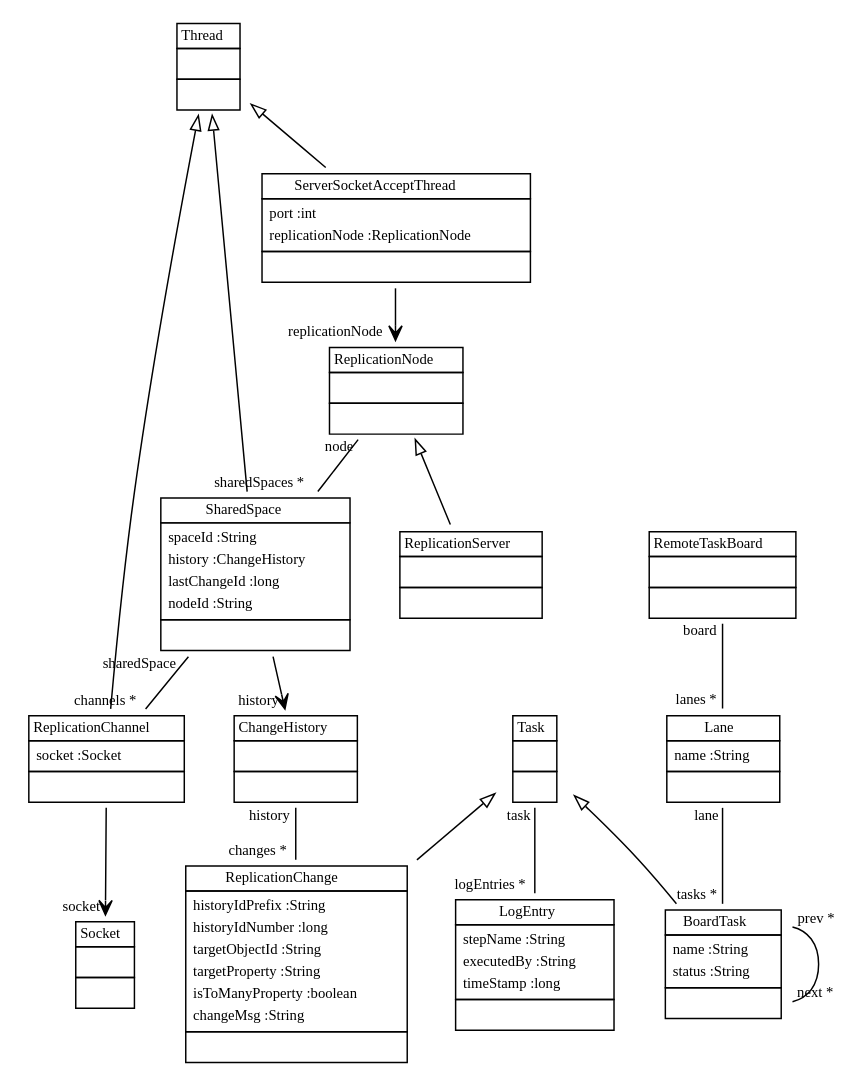
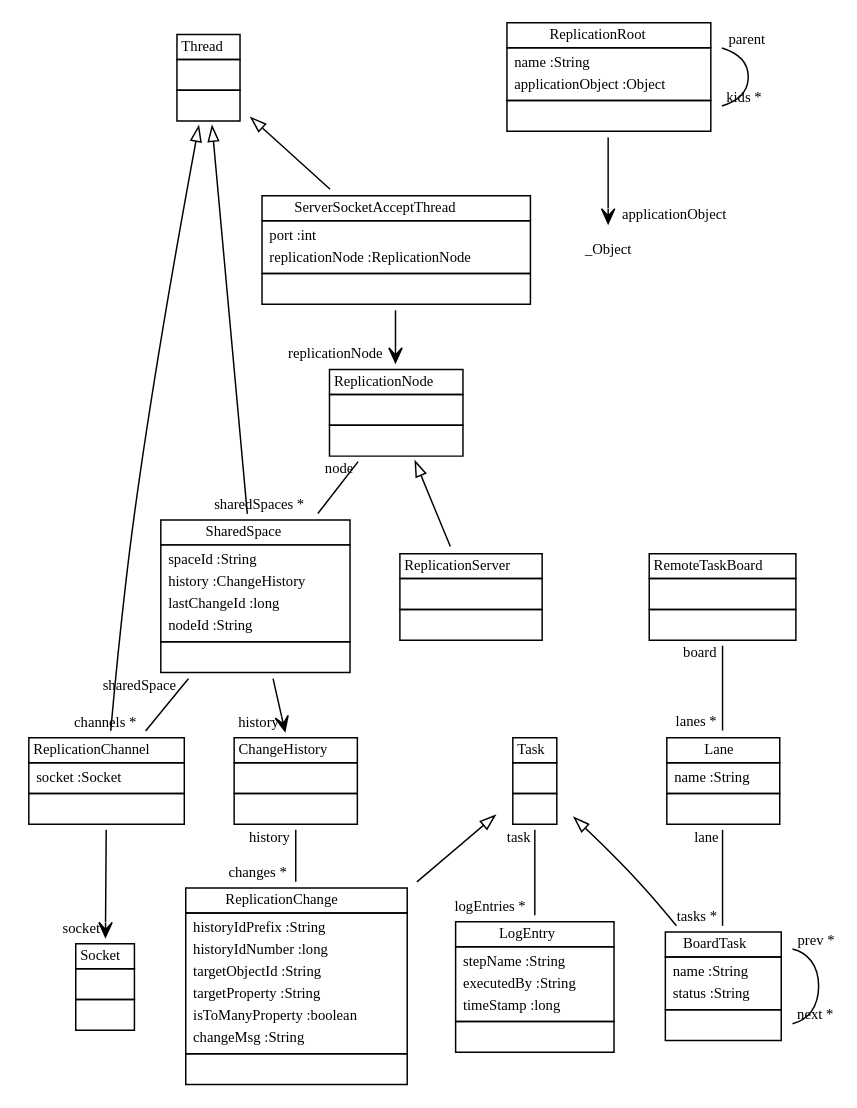
One commit to fujaba/SDMLib changed the diagram in doc/ReplicationModel01.dot. Above: the diagram before and after it, drawn with Graphviz. The commit also changed 33 other files, not shown here.

```diff
--- a/doc/ReplicationModel01.dot
+++ b/doc/ReplicationModel01.dot
@@ -1,40 +1,43 @@
 
  digraph ClassDiagram {
     node [shape = none, fontsize = 10]; 
     edge [fontsize = 10];
     
     
     _Thread [label=<<table border='0' cellborder='1' cellspacing='0'> <tr> <td HREF="../src/java/lang/Thread.java">Thread</td> </tr> <tr><td><table border='0' cellborder='0' cellspacing='0'> <tr><td> </td></tr> </table></td></tr> <tr><td><table border='0' cellborder='0' cellspacing='0'> <tr><td> </td></tr> </table></td></tr> </table>>];
     _Socket [label=<<table border='0' cellborder='1' cellspacing='0'> <tr> <td HREF="../src/java/net/Socket.java">Socket</td> </tr> <tr><td><table border='0' cellborder='0' cellspacing='0'> <tr><td> </td></tr> </table></td></tr> <tr><td><table border='0' cellborder='0' cellspacing='0'> <tr><td> </td></tr> </table></td></tr> </table>>];
     _ReplicationNode [label=<<table border='0' cellborder='1' cellspacing='0'> <tr> <td HREF="../src/org/sdmlib/replication/ReplicationNode.java">ReplicationNode</td> </tr> <tr><td><table border='0' cellborder='0' cellspacing='0'> <tr><td> </td></tr> </table></td></tr> <tr><td><table border='0' cellborder='0' cellspacing='0'> <tr><td> </td></tr> </table></td></tr> </table>>];
     _SharedSpace [label=<<table border='0' cellborder='1' cellspacing='0'> <tr> <td HREF="../src/org/sdmlib/replication/SharedSpace.java">SharedSpace</td> </tr> <tr><td><table border='0' cellborder='0' cellspacing='0'> <tr><td align='left'>spaceId :String</td></tr> <tr><td align='left'>history :ChangeHistory</td></tr> <tr><td align='left'>lastChangeId :long</td></tr> <tr><td align='left'>nodeId :String</td></tr>  </table></td></tr> <tr><td><table border='0' cellborder='0' cellspacing='0'> <tr><td> </td></tr> </table></td></tr> </table>>];
     _ReplicationChannel [label=<<table border='0' cellborder='1' cellspacing='0'> <tr> <td HREF="../src/org/sdmlib/replication/ReplicationChannel.java">ReplicationChannel</td> </tr> <tr><td><table border='0' cellborder='0' cellspacing='0'> <tr><td align='left'>socket :Socket</td></tr>  </table></td></tr> <tr><td><table border='0' cellborder='0' cellspacing='0'> <tr><td> </td></tr> </table></td></tr> </table>>];
     _ReplicationServer [label=<<table border='0' cellborder='1' cellspacing='0'> <tr> <td HREF="../src/org/sdmlib/replication/ReplicationServer.java">ReplicationServer</td> </tr> <tr><td><table border='0' cellborder='0' cellspacing='0'> <tr><td> </td></tr> </table></td></tr> <tr><td><table border='0' cellborder='0' cellspacing='0'> <tr><td> </td></tr> </table></td></tr> </table>>];
     _ServerSocketAcceptThread [label=<<table border='0' cellborder='1' cellspacing='0'> <tr> <td HREF="../src/org/sdmlib/replication/ServerSocketAcceptThread.java">ServerSocketAcceptThread</td> </tr> <tr><td><table border='0' cellborder='0' cellspacing='0'> <tr><td align='left'>port :int</td></tr> <tr><td align='left'>replicationNode :ReplicationNode</td></tr>  </table></td></tr> <tr><td><table border='0' cellborder='0' cellspacing='0'> <tr><td> </td></tr> </table></td></tr> </table>>];
     _Task [label=<<table border='0' cellborder='1' cellspacing='0'> <tr> <td HREF="../src/org/sdmlib/replication/Task.java">Task</td> </tr> <tr><td><table border='0' cellborder='0' cellspacing='0'> <tr><td> </td></tr> </table></td></tr> <tr><td><table border='0' cellborder='0' cellspacing='0'> <tr><td> </td></tr> </table></td></tr> </table>>];
     _LogEntry [label=<<table border='0' cellborder='1' cellspacing='0'> <tr> <td HREF="../src/org/sdmlib/replication/LogEntry.java">LogEntry</td> </tr> <tr><td><table border='0' cellborder='0' cellspacing='0'> <tr><td align='left'>stepName :String</td></tr> <tr><td align='left'>executedBy :String</td></tr> <tr><td align='left'>timeStamp :long</td></tr>  </table></td></tr> <tr><td><table border='0' cellborder='0' cellspacing='0'> <tr><td> </td></tr> </table></td></tr> </table>>];
     _ChangeHistory [label=<<table border='0' cellborder='1' cellspacing='0'> <tr> <td HREF="../src/org/sdmlib/replication/ChangeHistory.java">ChangeHistory</td> </tr> <tr><td><table border='0' cellborder='0' cellspacing='0'> <tr><td> </td></tr> </table></td></tr> <tr><td><table border='0' cellborder='0' cellspacing='0'> <tr><td> </td></tr> </table></td></tr> </table>>];
     _ReplicationChange [label=<<table border='0' cellborder='1' cellspacing='0'> <tr> <td HREF="../src/org/sdmlib/replication/ReplicationChange.java">ReplicationChange</td> </tr> <tr><td><table border='0' cellborder='0' cellspacing='0'> <tr><td align='left'>historyIdPrefix :String</td></tr> <tr><td align='left'>historyIdNumber :long</td></tr> <tr><td align='left'>targetObjectId :String</td></tr> <tr><td align='left'>targetProperty :String</td></tr> <tr><td align='left'>isToManyProperty :boolean</td></tr> <tr><td align='left'>changeMsg :String</td></tr>  </table></td></tr> <tr><td><table border='0' cellborder='0' cellspacing='0'> <tr><td> </td></tr> </table></td></tr> </table>>];
     _RemoteTaskBoard [label=<<table border='0' cellborder='1' cellspacing='0'> <tr> <td HREF="../src/org/sdmlib/replication/RemoteTaskBoard.java">RemoteTaskBoard</td> </tr> <tr><td><table border='0' cellborder='0' cellspacing='0'> <tr><td> </td></tr> </table></td></tr> <tr><td><table border='0' cellborder='0' cellspacing='0'> <tr><td> </td></tr> </table></td></tr> </table>>];
     _Lane [label=<<table border='0' cellborder='1' cellspacing='0'> <tr> <td HREF="../src/org/sdmlib/replication/Lane.java">Lane</td> </tr> <tr><td><table border='0' cellborder='0' cellspacing='0'> <tr><td align='left'>name :String</td></tr>  </table></td></tr> <tr><td><table border='0' cellborder='0' cellspacing='0'> <tr><td> </td></tr> </table></td></tr> </table>>];
     _BoardTask [label=<<table border='0' cellborder='1' cellspacing='0'> <tr> <td HREF="../src/org/sdmlib/replication/BoardTask.java">BoardTask</td> </tr> <tr><td><table border='0' cellborder='0' cellspacing='0'> <tr><td align='left'>name :String</td></tr> <tr><td align='left'>status :String</td></tr>  </table></td></tr> <tr><td><table border='0' cellborder='0' cellspacing='0'> <tr><td> </td></tr> </table></td></tr> </table>>];
+    _ReplicationRoot [label=<<table border='0' cellborder='1' cellspacing='0'> <tr> <td HREF="../src/org/sdmlib/replication/ReplicationRoot.java">ReplicationRoot</td> </tr> <tr><td><table border='0' cellborder='0' cellspacing='0'> <tr><td align='left'>name :String</td></tr> <tr><td align='left'>applicationObject :Object</td></tr>  </table></td></tr> <tr><td><table border='0' cellborder='0' cellspacing='0'> <tr><td> </td></tr> </table></td></tr> </table>>];
     
     
     
     _Thread ->  _SharedSpace [dir = "back" arrowtail = "empty"];
     _Thread ->  _ReplicationChannel [dir = "back" arrowtail = "empty"];
     _ReplicationNode ->  _ReplicationServer [dir = "back" arrowtail = "empty"];
     _Thread ->  _ServerSocketAcceptThread [dir = "back" arrowtail = "empty"];
     _Task ->  _ReplicationChange [dir = "back" arrowtail = "empty"];
     _Task ->  _BoardTask [dir = "back" arrowtail = "empty"];
     _ReplicationNode -> _SharedSpace [headlabel = "sharedSpaces *" taillabel = "node" arrowhead = "none" ];
     _SharedSpace -> _ReplicationChannel [headlabel = "channels *" taillabel = "sharedSpace" arrowhead = "none" ];
     _Task -> _LogEntry [headlabel = "logEntries *" taillabel = "task" arrowhead = "none" ];
     _ChangeHistory -> _ReplicationChange [headlabel = "changes *" taillabel = "history" arrowhead = "none" ];
     _RemoteTaskBoard -> _Lane [headlabel = "lanes *" taillabel = "board" arrowhead = "none" ];
     _Lane -> _BoardTask [headlabel = "tasks *" taillabel = "lane" arrowhead = "none" ];
     _BoardTask -> _BoardTask [headlabel = "next *" taillabel = "prev *" arrowhead = "none" ];
+    _ReplicationRoot -> _ReplicationRoot [headlabel = "kids *" taillabel = "parent" arrowhead = "none" ];
     _SharedSpace -> _ChangeHistory [headlabel = "history" taillabel = "" arrowhead = "vee" ];
     _ReplicationChannel -> _Socket [headlabel = "socket" taillabel = "" arrowhead = "vee" ];
     _ServerSocketAcceptThread -> _ReplicationNode [headlabel = "replicationNode" taillabel = "" arrowhead = "vee" ];
+    _ReplicationRoot -> _Object [headlabel = "applicationObject" taillabel = "" arrowhead = "vee" ];
 }
```
